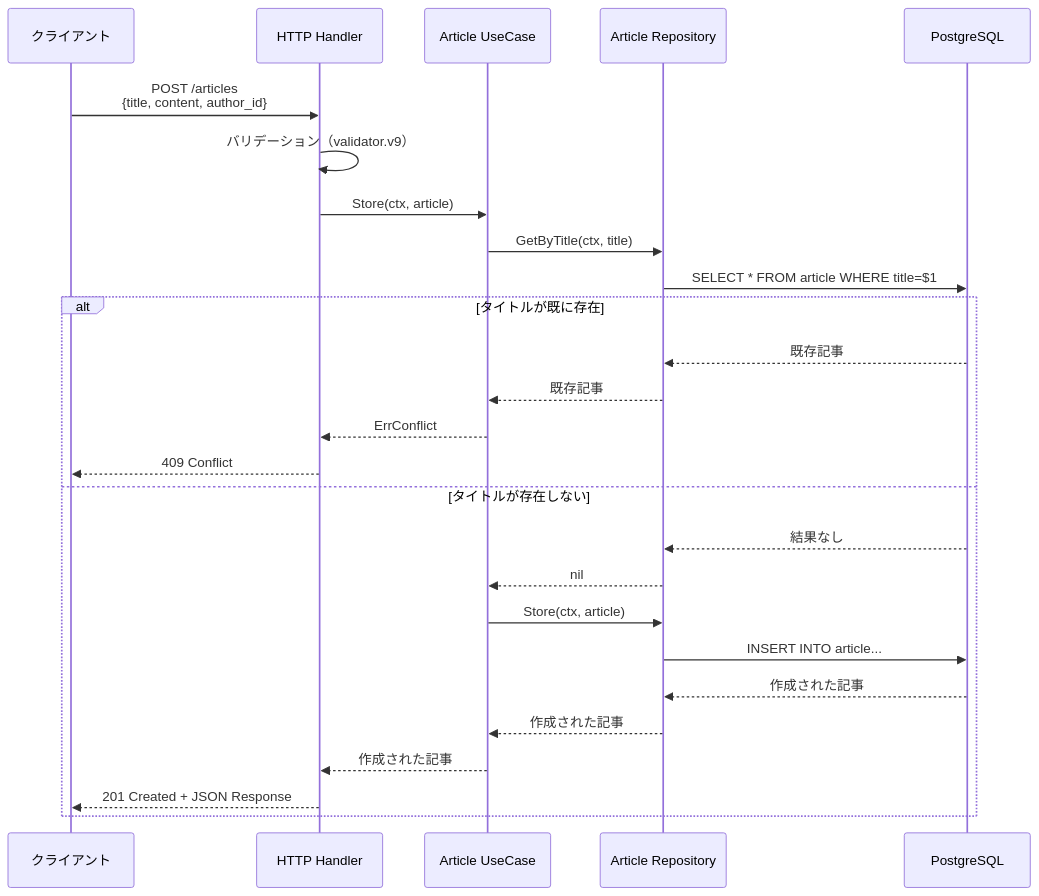
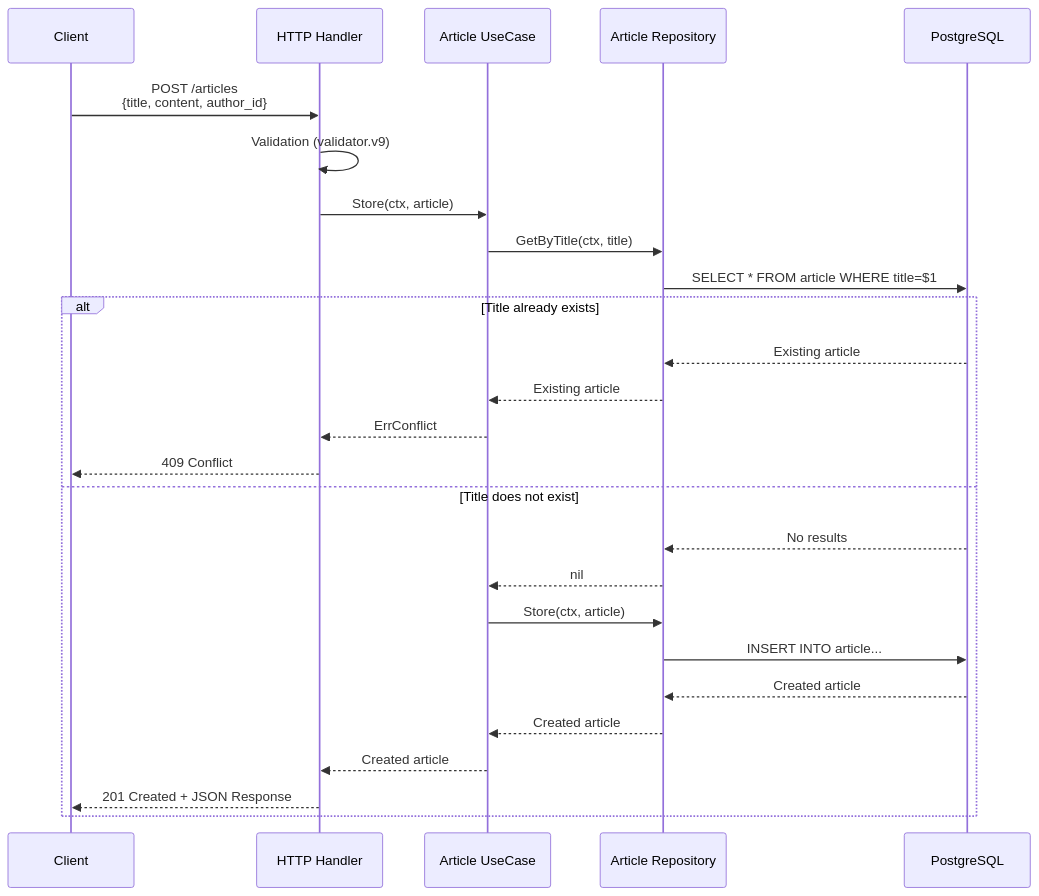
Before and after one commit to gr1m0h/test-server: the third of 3 diagrams in docs/architecture.md, drawn with Mermaid. The commit also changed other lines of this file and 3 other files, not shown here.

````diff
--- a/docs/architecture.md
+++ b/docs/architecture.md
@@ -188,32 +188,32 @@
 ```mermaid
 sequenceDiagram
-    participant Client as クライアント
+    participant Client as Client
     participant Handler as HTTP Handler
     participant UseCase as Article UseCase
     participant ArticleRepo as Article Repository
     participant DB as PostgreSQL
 
     Client->>Handler: POST /articles<br/>{title, content, author_id}
-    Handler->>Handler: バリデーション（validator.v9）
+    Handler->>Handler: Validation (validator.v9)
     Handler->>UseCase: Store(ctx, article)
 
     UseCase->>ArticleRepo: GetByTitle(ctx, title)
     ArticleRepo->>DB: SELECT * FROM article WHERE title=$1
 
-    alt タイトルが既に存在
-        DB-->>ArticleRepo: 既存記事
-        ArticleRepo-->>UseCase: 既存記事
+    alt Title already exists
+        DB-->>ArticleRepo: Existing article
+        ArticleRepo-->>UseCase: Existing article
         UseCase-->>Handler: ErrConflict
         Handler-->>Client: 409 Conflict
-    else タイトルが存在しない
-        DB-->>ArticleRepo: 結果なし
+    else Title does not exist
+        DB-->>ArticleRepo: No results
         ArticleRepo-->>UseCase: nil
 
         UseCase->>ArticleRepo: Store(ctx, article)
         ArticleRepo->>DB: INSERT INTO article...
-        DB-->>ArticleRepo: 作成された記事
-        ArticleRepo-->>UseCase: 作成された記事
-        UseCase-->>Handler: 作成された記事
+        DB-->>ArticleRepo: Created article
+        ArticleRepo-->>UseCase: Created article
+        UseCase-->>Handler: Created article
         Handler-->>Client: 201 Created + JSON Response
     end
 ```
````
